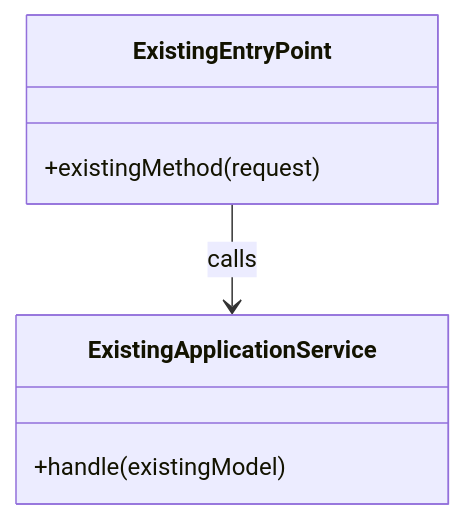
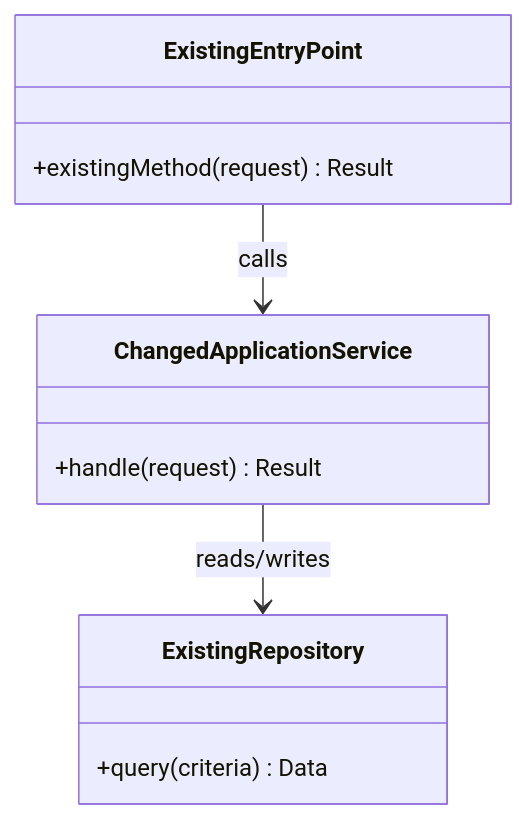
The second of 2 diagrams in lib/templates/delivery-docs/templates/technical-plan.md (zchengb/lumen-cli), drawn with Mermaid before and after one commit. The commit also changed other lines of this file and 26 other files, not shown here.

````diff
--- a/lib/templates/delivery-docs/templates/technical-plan.md
+++ b/lib/templates/delivery-docs/templates/technical-plan.md
@@ -71,10 +77,14 @@
 ```mermaid
 classDiagram
     class ExistingEntryPoint {
-        +existingMethod(request)
+        +existingMethod(request) Result
     }
-    class ExistingApplicationService {
-        +handle(existingModel)
+    class ChangedApplicationService {
+        +handle(request) Result
     }
-    ExistingEntryPoint --> ExistingApplicationService : calls
+    class ExistingRepository {
+        +query(criteria) Data
+    }
+    ExistingEntryPoint --> ChangedApplicationService : calls
+    ChangedApplicationService --> ExistingRepository : reads/writes
 ```
````
